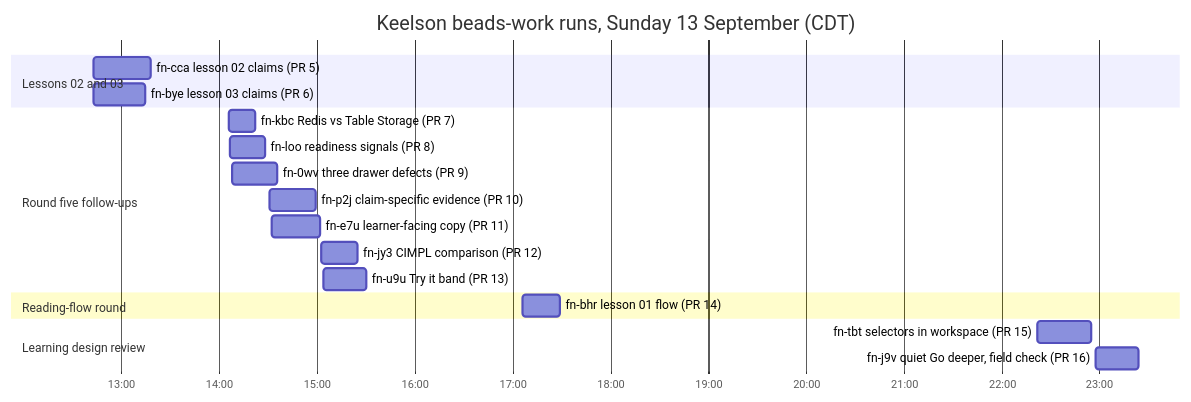
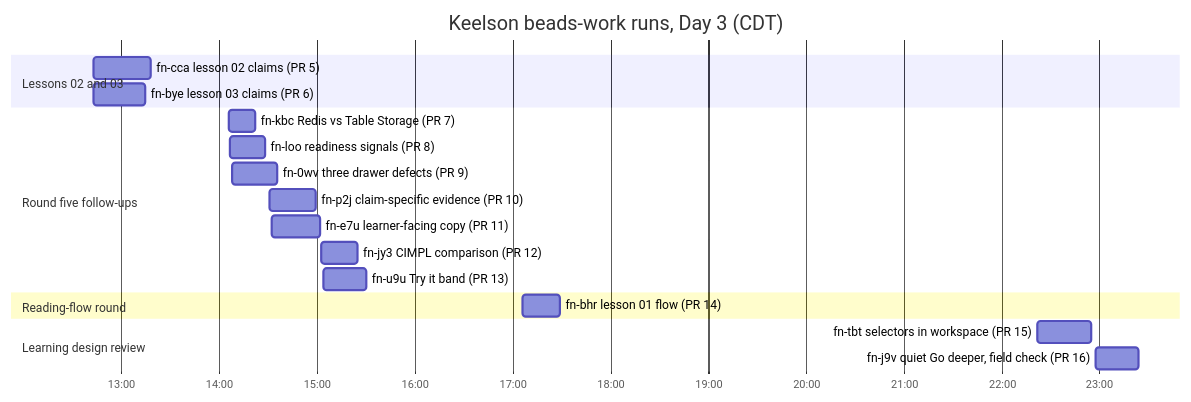
The third of 3 diagrams in docs/case-study/full-record.md (danielscholl-osdu/osdu-spi-training), drawn with Mermaid before and after one commit. The commit also changed other lines of this file and 23 other files, not shown here.

````diff
--- a/docs/case-study/full-record.md
+++ b/docs/case-study/full-record.md
@@ -102,22 +102,22 @@
 ```mermaid
 gantt
-    title Keelson beads-work runs, Sunday 13 September (CDT)
+    title Keelson beads-work runs, Day 3 (CDT)
     dateFormat YYYY-MM-DD HH:mm
     axisFormat %H:%M
     section Lessons 02 and 03
     fn-cca lesson 02 claims (PR 5)        :2026-09-13 12:43, 2026-09-13 13:18
     fn-bye lesson 03 claims (PR 6)        :2026-09-13 12:43, 2026-09-13 13:15
     section Round five follow-ups
     fn-kbc Redis vs Table Storage (PR 7)  :2026-09-13 14:06, 2026-09-13 14:22
     fn-loo readiness signals (PR 8)       :2026-09-13 14:07, 2026-09-13 14:28
     fn-0wv three drawer defects (PR 9)    :2026-09-13 14:08, 2026-09-13 14:36
     fn-p2j claim-specific evidence (PR 10):2026-09-13 14:31, 2026-09-13 14:59
     fn-e7u learner-facing copy (PR 11)    :2026-09-13 14:32, 2026-09-13 15:02
     fn-jy3 CIMPL comparison (PR 12)       :2026-09-13 15:03, 2026-09-13 15:25
     fn-u9u Try it band (PR 13)            :2026-09-13 15:04, 2026-09-13 15:30
     section Reading-flow round
     fn-bhr lesson 01 flow (PR 14)         :2026-09-13 17:06, 2026-09-13 17:29
     section Learning design review
     fn-tbt selectors in workspace (PR 15) :2026-09-13 22:22, 2026-09-13 22:55
     fn-j9v quiet Go deeper, field check (PR 16):2026-09-13 22:58, 2026-09-13 23:24
 ```
````
